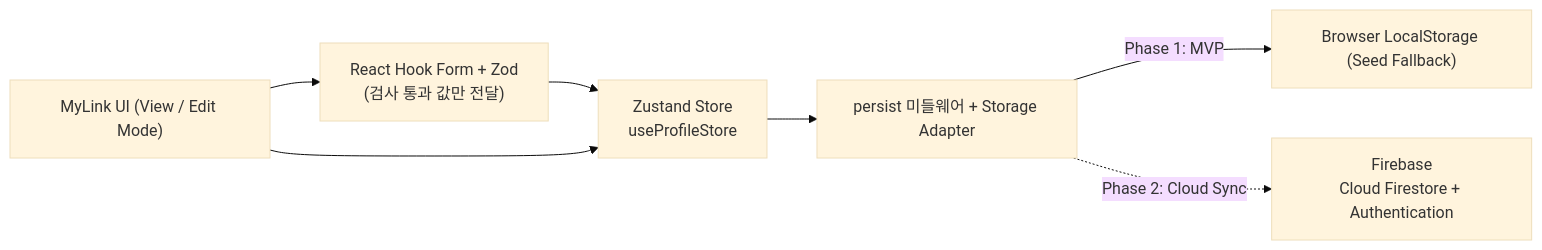
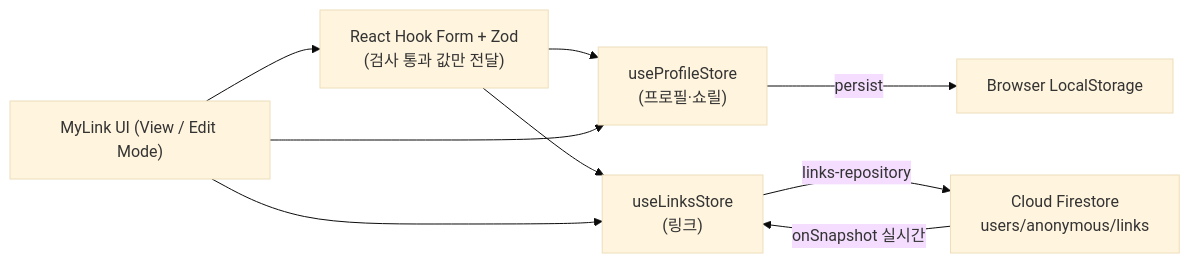
Before and after one commit to SuperSlowStarter/my-link: the first of 2 diagrams in PRD.md, drawn with Mermaid (base theme). The commit also changed other lines of this file and 8 other files, not shown here.

First line of the commit message:
feat: 링크를 Firestore(users/anonymous/links)로 마이그레이션, 림라이트 밝기 조정

````diff
--- a/PRD.md
+++ b/PRD.md
@@ -53,9 +54,11 @@
 ```mermaid
 flowchart LR
   UI["MyLink UI (View / Edit Mode)"] --> Form["React Hook Form + Zod<br/>(검사 통과 값만 전달)"]
-  Form --> Store["Zustand Store<br/>useProfileStore"]
-  UI --> Store
-  Store --> Adapter["persist 미들웨어 + Storage Adapter"]
-  Adapter -->|Phase 1: MVP| Local["Browser LocalStorage (Seed Fallback)"]
-  Adapter -.->|Phase 2: Cloud Sync| Cloud["Firebase<br/>Cloud Firestore + Authentication"]
+  Form --> Profile["useProfileStore<br/>(프로필·쇼릴)"]
+  Form --> Links["useLinksStore<br/>(링크)"]
+  UI --> Profile
+  UI --> Links
+  Profile -->|persist| Local["Browser LocalStorage"]
+  Links -->|links-repository| Cloud["Cloud Firestore<br/>users/anonymous/links"]
+  Cloud -->|onSnapshot 실시간| Links
 ```
````
